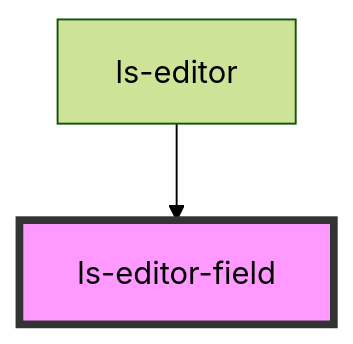
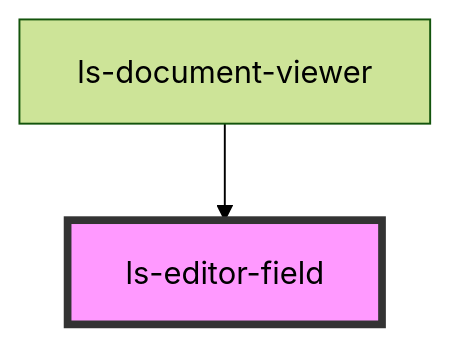
Before and after one commit to legalesign/ls-document-viewer: the diagram in src/components/ls-editor-field/readme.md, drawn with Mermaid (forest theme). The commit also changed other lines of this file and 37 other files, not shown here.

````diff
--- a/src/components/ls-editor-field/readme.md
+++ b/src/components/ls-editor-field/readme.md
@@ -26,5 +26,5 @@
 ```mermaid
 graph TD;
-  ls-editor --> ls-editor-field
+  ls-document-viewer --> ls-editor-field
   style ls-editor-field fill:#f9f,stroke:#333,stroke-width:4px
 ```
````
